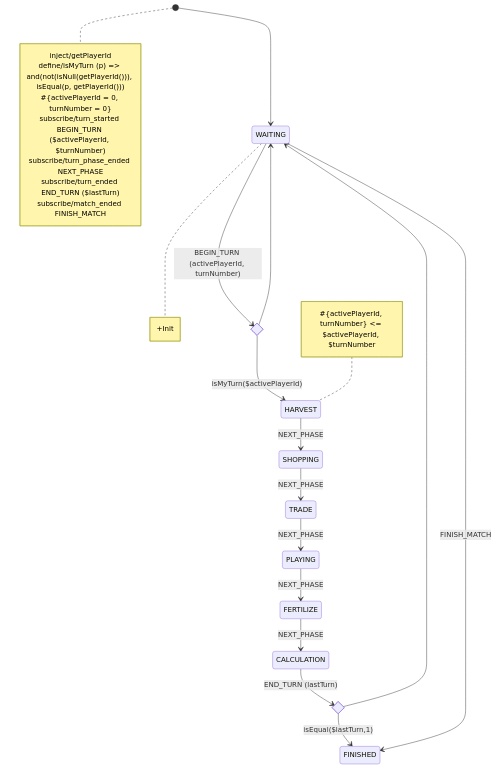
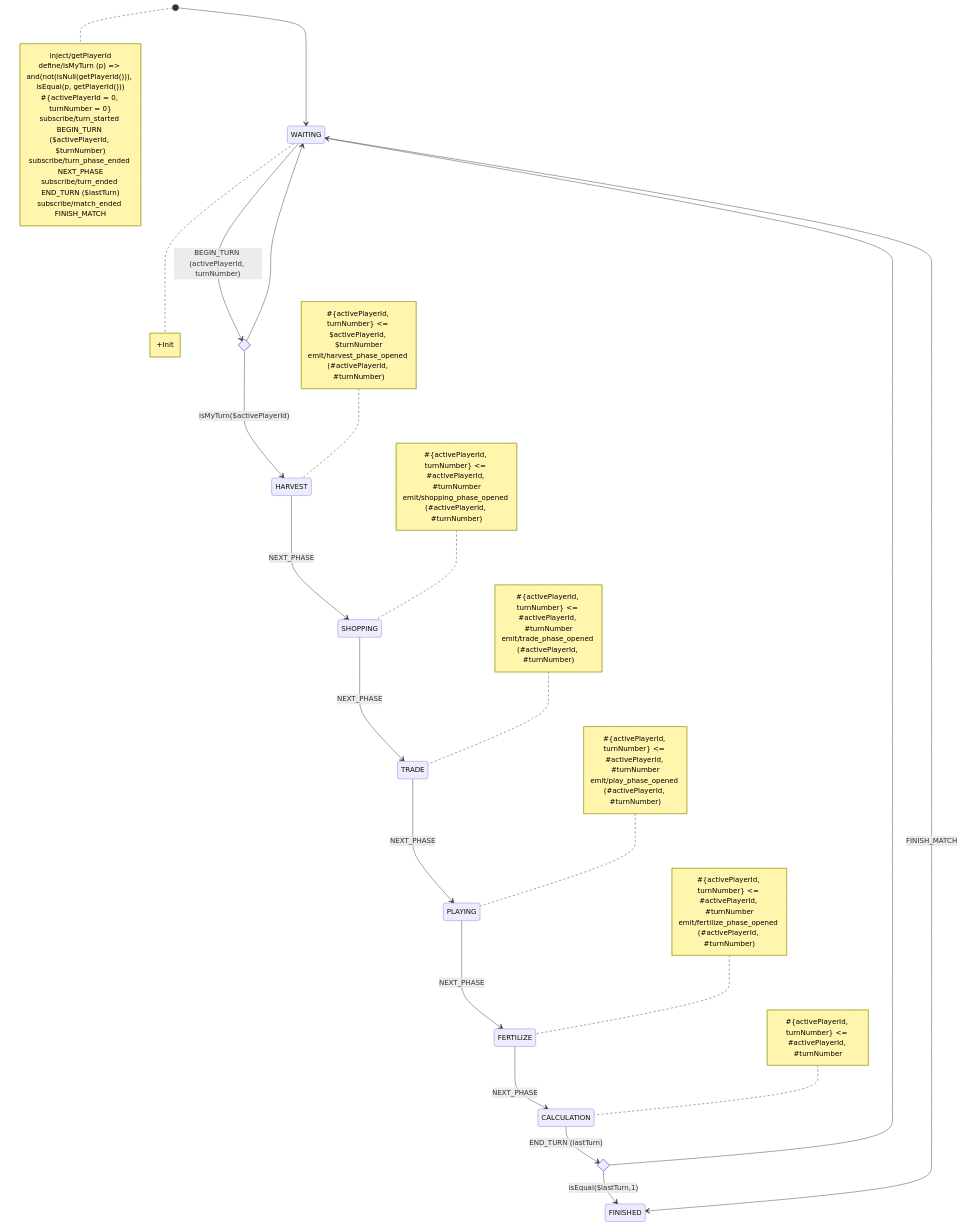
One commit to tfcp68/battle-farm changed the diagram in src/shared/lib/fsm/diagrams/turnLoop.mermaid. Above: the diagram before and after it, drawn with Mermaid. The commit also changed 7 other files, not shown here.

First line of the commit message:
refactor(fsm): rewrite turn + 7 phase-machine diagrams for the new engine

```diff
--- a/src/shared/lib/fsm/diagrams/turnLoop.mermaid
+++ b/src/shared/lib/fsm/diagrams/turnLoop.mermaid
@@ -1,34 +1,59 @@
 stateDiagram-v2
     [*] --> WAITING
     state isMyTurn <<choice>>
     WAITING --> isMyTurn: BEGIN_TURN (activePlayerId, turnNumber)
     isMyTurn --> HARVEST: isMyTurn($activePlayerId)
     isMyTurn --> WAITING
     HARVEST --> SHOPPING: NEXT_PHASE
     SHOPPING --> TRADE: NEXT_PHASE
     TRADE --> PLAYING: NEXT_PHASE
     PLAYING --> FERTILIZE: NEXT_PHASE
     FERTILIZE --> CALCULATION: NEXT_PHASE
     state isLastTurn <<choice>>
     CALCULATION --> isLastTurn: END_TURN (lastTurn)
     isLastTurn --> FINISHED: isEqual($lastTurn,1)
     isLastTurn --> WAITING
     WAITING --> FINISHED: FINISH_MATCH
 
 note right of WAITING
 +Init
 end note
 
 note right of [*]
 inject/getPlayerId
 define/isMyTurn (p) => and(not(isNull(getPlayerId())), isEqual(p, getPlayerId()))
 #{activePlayerId = 0, turnNumber = 0}
 subscribe/turn_started BEGIN_TURN ($activePlayerId, $turnNumber)
 subscribe/turn_phase_ended NEXT_PHASE
 subscribe/turn_ended END_TURN ($lastTurn)
 subscribe/match_ended FINISH_MATCH
 end note
 
 note left of HARVEST
 #{activePlayerId, turnNumber} <= $activePlayerId, $turnNumber
+emit/harvest_phase_opened (#activePlayerId, #turnNumber)
 end note
+
+note left of SHOPPING
+#{activePlayerId, turnNumber} <= #activePlayerId, #turnNumber
+emit/shopping_phase_opened (#activePlayerId, #turnNumber)
+end note
+
+note left of TRADE
+#{activePlayerId, turnNumber} <= #activePlayerId, #turnNumber
+emit/trade_phase_opened (#activePlayerId, #turnNumber)
+end note
+
+note left of PLAYING
+#{activePlayerId, turnNumber} <= #activePlayerId, #turnNumber
+emit/play_phase_opened (#activePlayerId, #turnNumber)
+end note
+
+note left of FERTILIZE
+#{activePlayerId, turnNumber} <= #activePlayerId, #turnNumber
+emit/fertilize_phase_opened (#activePlayerId, #turnNumber)
+end note
+
+note left of CALCULATION
+#{activePlayerId, turnNumber} <= #activePlayerId, #turnNumber
+end note
```
